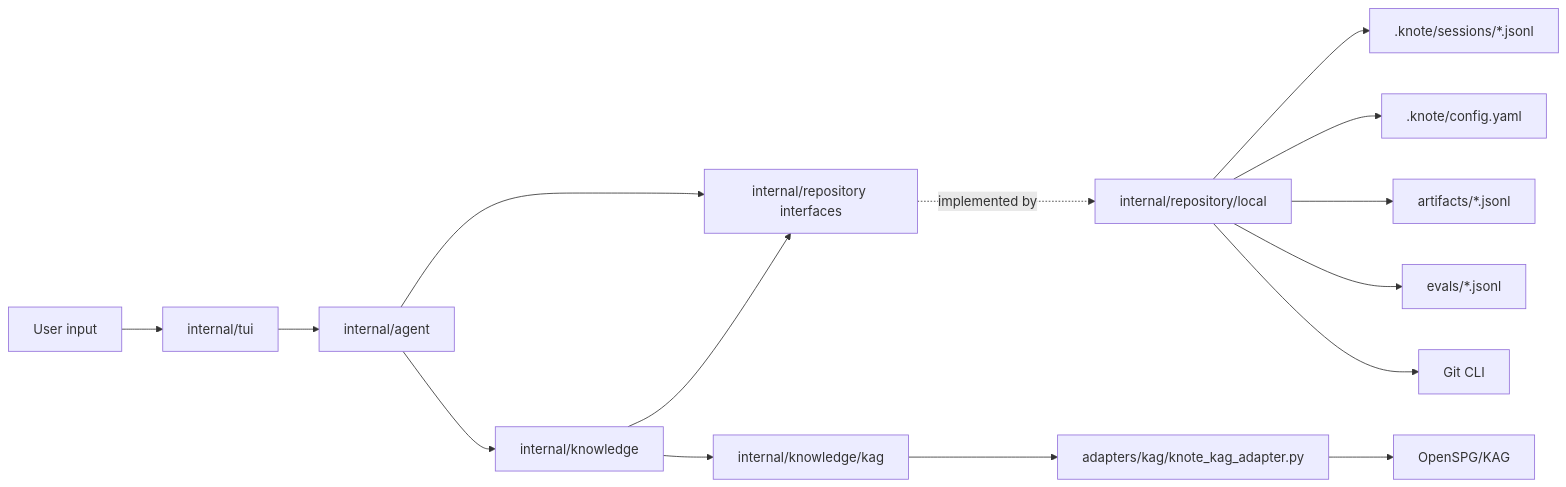
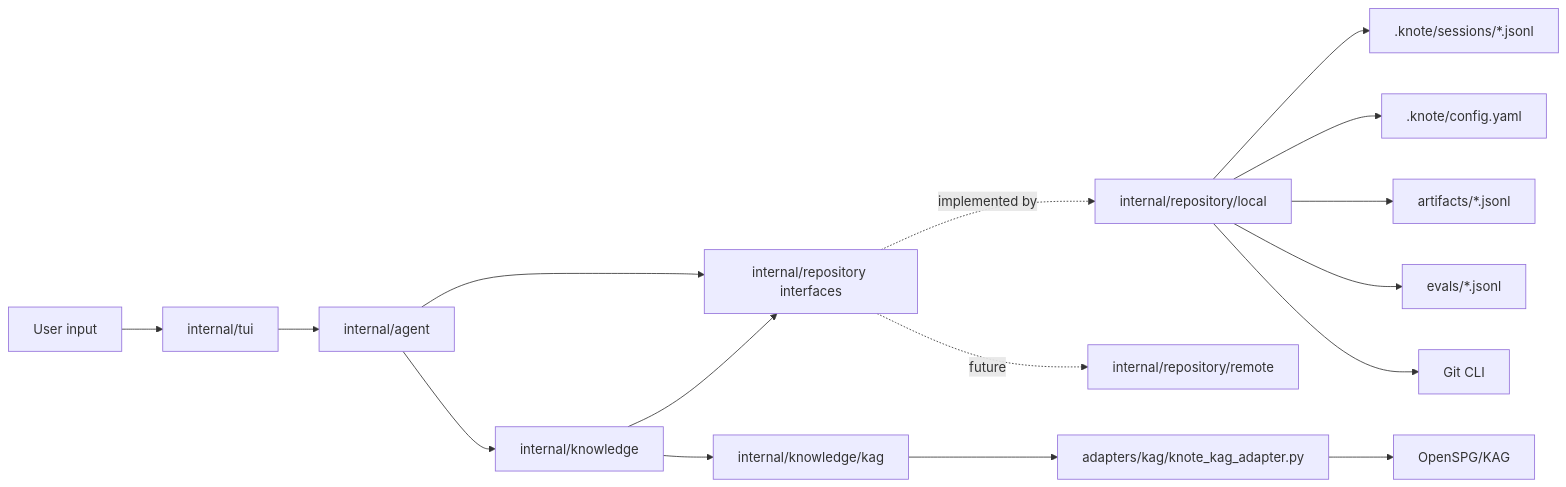
One commit to zzqDeco/knote changed the diagram in doc/architecture.md. Above: the diagram before and after it, drawn with Mermaid. The commit also changed other lines of this file and 3 other files, not shown here.

Commit message:
refactor: add remote repository skeleton

````diff
--- a/doc/architecture.md
+++ b/doc/architecture.md
@@ -16,17 +17,18 @@
 ```mermaid
 flowchart LR
   User["User input"] --> TUI["internal/tui"]
   TUI --> Agent["internal/agent"]
   Agent --> RepoIf["internal/repository interfaces"]
   Agent --> Knowledge["internal/knowledge"]
   Knowledge --> RepoIf
   Knowledge --> Kag["internal/knowledge/kag"]
   Kag --> Adapter["adapters/kag/knote_kag_adapter.py"]
   Adapter --> OpenSPG["OpenSPG/KAG"]
   RepoIf -. implemented by .-> Local["internal/repository/local"]
   Local --> Sessions[".knote/sessions/*.jsonl"]
   Local --> Config[".knote/config.yaml"]
   Local --> Artifacts["artifacts/*.jsonl"]
   Local --> Evals["evals/*.jsonl"]
   Local --> Git["Git CLI"]
+  RepoIf -. future .-> Remote["internal/repository/remote"]
 ```
````
